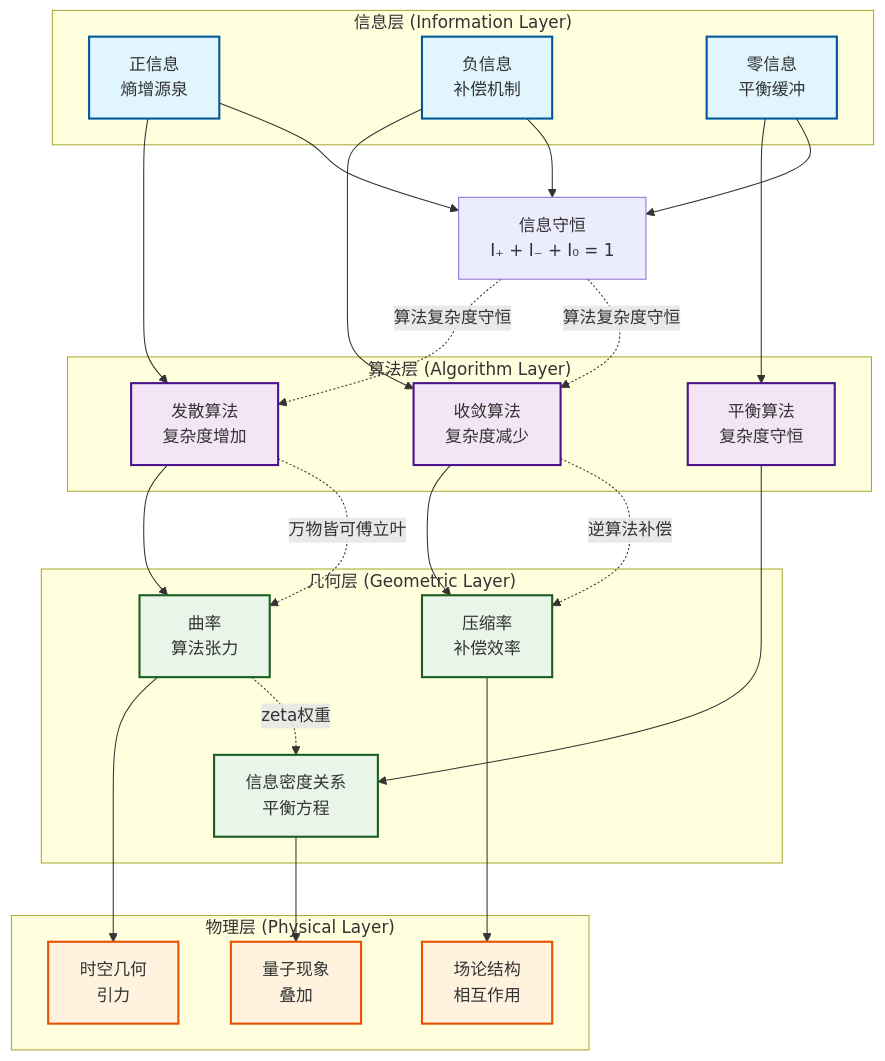
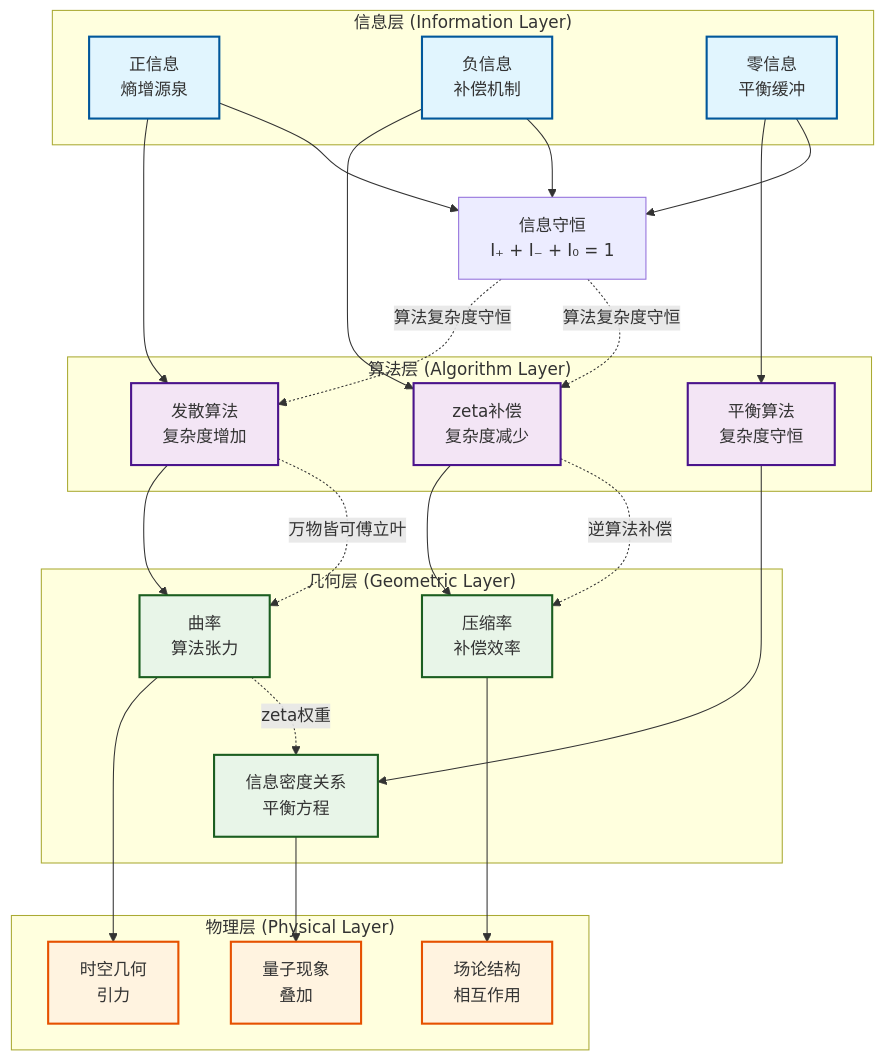
Before and after one commit to loning/zeckendorf-hilbert: the diagram in docs/papers/zeta-fourier-nok/zeta-fourier-nok-foundations.md, drawn with Mermaid. The commit also changed other lines of this file, not shown here.

````diff
--- a/docs/papers/zeta-fourier-nok/zeta-fourier-nok-foundations.md
+++ b/docs/papers/zeta-fourier-nok/zeta-fourier-nok-foundations.md
@@ -700,66 +698,66 @@
 ```mermaid
 graph TD
     %% 信息层
     subgraph "信息层 (Information Layer)"
         IP[正信息<br/>熵增源泉]
         IN[负信息<br/>补偿机制]
         IZ[零信息<br/>平衡缓冲]
     end
 
     %% 算法层
     subgraph "算法层 (Algorithm Layer)"
         AD[发散算法<br/>复杂度增加]
-        AC[收敛算法<br/>复杂度减少]
+        AC[zeta补偿<br/>复杂度减少]
         AB[平衡算法<br/>复杂度守恒]
     end
 
     %% 几何层
     subgraph "几何层 (Geometric Layer)"
         CR[曲率<br/>算法张力]
         CP[压缩率<br/>补偿效率]
         IR[信息密度关系<br/>平衡方程]
     end
 
     %% 物理层
     subgraph "物理层 (Physical Layer)"
         SG[时空几何<br/>引力]
         FT[场论结构<br/>相互作用]
         QP[量子现象<br/>叠加]
     end
 
     %% 对应关系
     IP --> AD
     IN --> AC
     IZ --> AB
 
     AD --> CR
     AC --> CP
     AB --> IR
 
     CR --> SG
     CP --> FT
     IR --> QP
 
     %% 核心机制
     AD -.->|"万物皆可傅立叶"| CR
     AC -.->|"逆算法补偿"| CP
     CR -.->|"zeta权重"| IR
 
     %% 守恒律
     IP --> CONS[信息守恒<br/>I₊ + I₋ + I₀ = 1]
     IN --> CONS
     IZ --> CONS
 
     CONS -.->|"算法复杂度守恒"| AD
     CONS -.->|"算法复杂度守恒"| AC
 
     classDef infoLayer fill:#e1f5fe,stroke:#01579b,stroke-width:2px
     classDef algoLayer fill:#f3e5f5,stroke:#4a148c,stroke-width:2px
     classDef geomLayer fill:#e8f5e8,stroke:#1b5e20,stroke-width:2px
     classDef physLayer fill:#fff3e0,stroke:#e65100,stroke-width:2px
 
     class IP,IN,IZ infoLayer
     class AD,AC,AB algoLayer
     class CR,CP,IR geomLayer
     class SG,FT,QP physLayer
 ```
````
